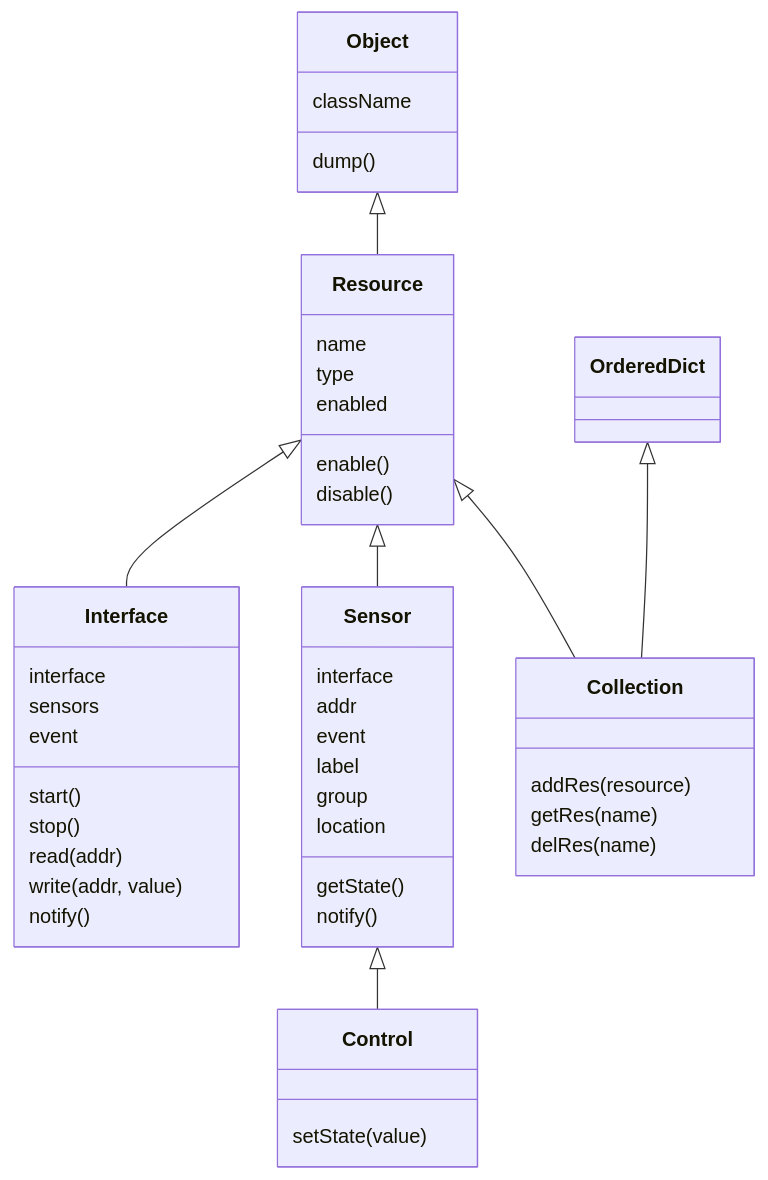
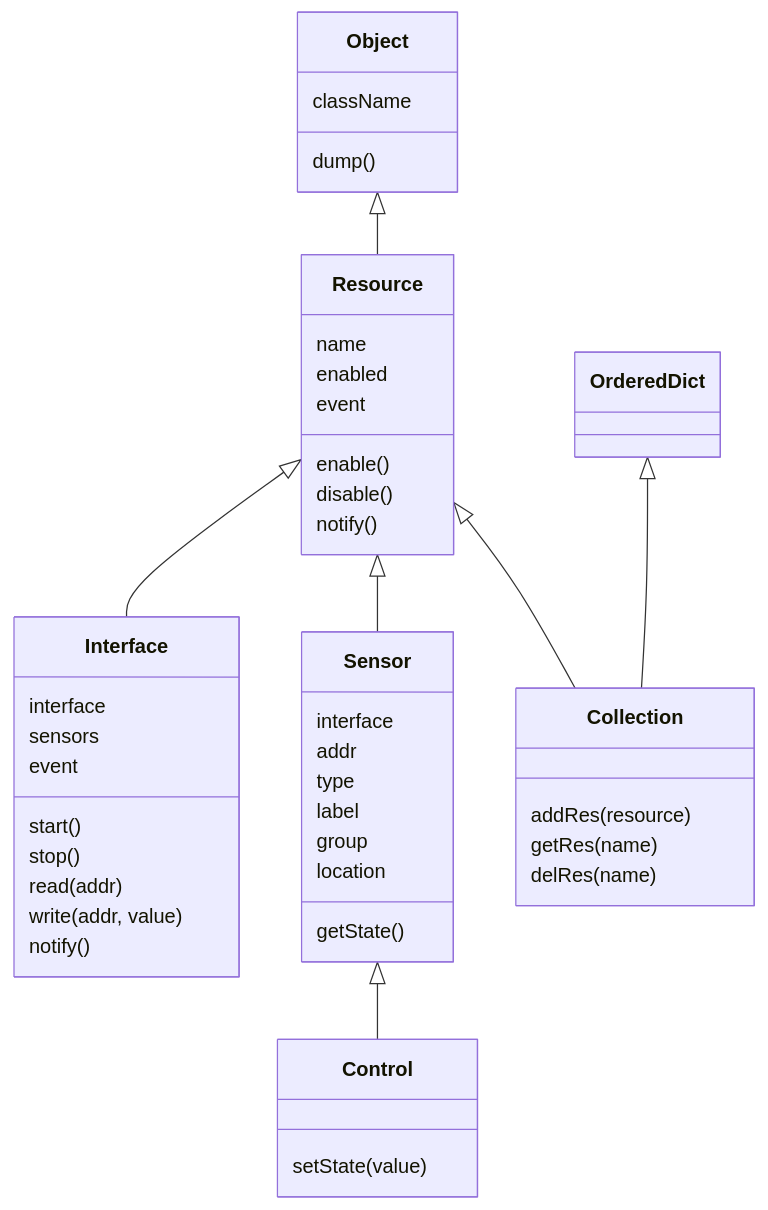
The first of 2 diagrams in docs/README.model.md (jbuehl/homealone), drawn with Mermaid before and after one commit. The commit also changed other lines of this file, not shown here.

Commit message:
Move type attribute to Sensor

````diff
--- a/docs/README.model.md
+++ b/docs/README.model.md
@@ -38,36 +38,36 @@
 ```mermaid
 classDiagram
 	Object <|-- Resource
 	Resource <|--Interface
 	Resource <|--Sensor
 	Sensor <|-- Control
 	Resource <|--Collection
 	OrderedDict <|--Collection
 	Object: className
 	Object: dump()
 	Resource: name
-	Resource: type
 	Resource: enabled
+	Resource : event
 	Resource: enable()
 	Resource: disable()
+	Resource : notify()
 	Interface : interface
 	Interface : sensors
 	Interface : event
 	Interface : start()
 	Interface : stop()
 	Interface : read(addr)
 	Interface : write(addr, value)
 	Interface : notify()
 	Sensor : interface
 	Sensor : addr
-	Sensor : event
+	Sensor: type
 	Sensor : label
 	Sensor : group
 	Sensor : location
 	Sensor : getState()
-	Sensor : notify()
 	Control : setState(value)
 	Collection : addRes(resource)
 	Collection : getRes(name)
 	Collection : delRes(name)
 ```
````
